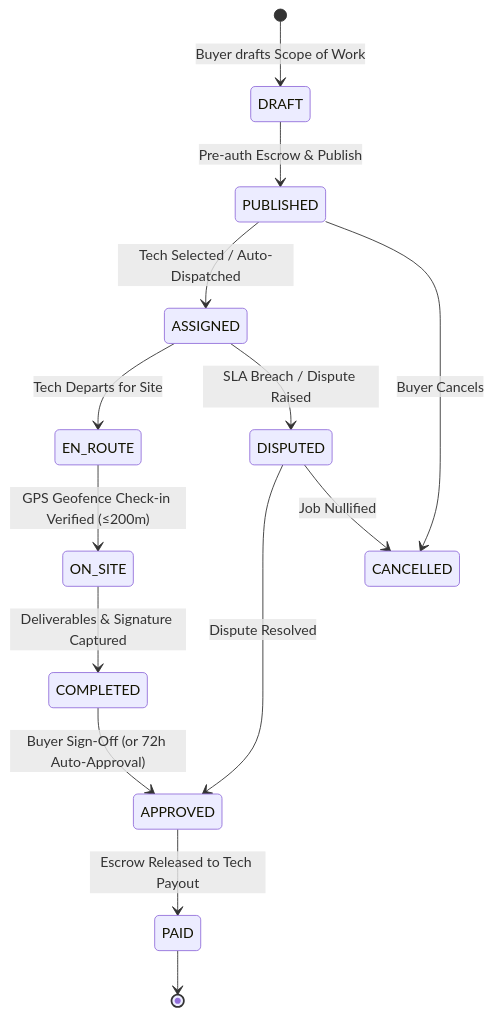
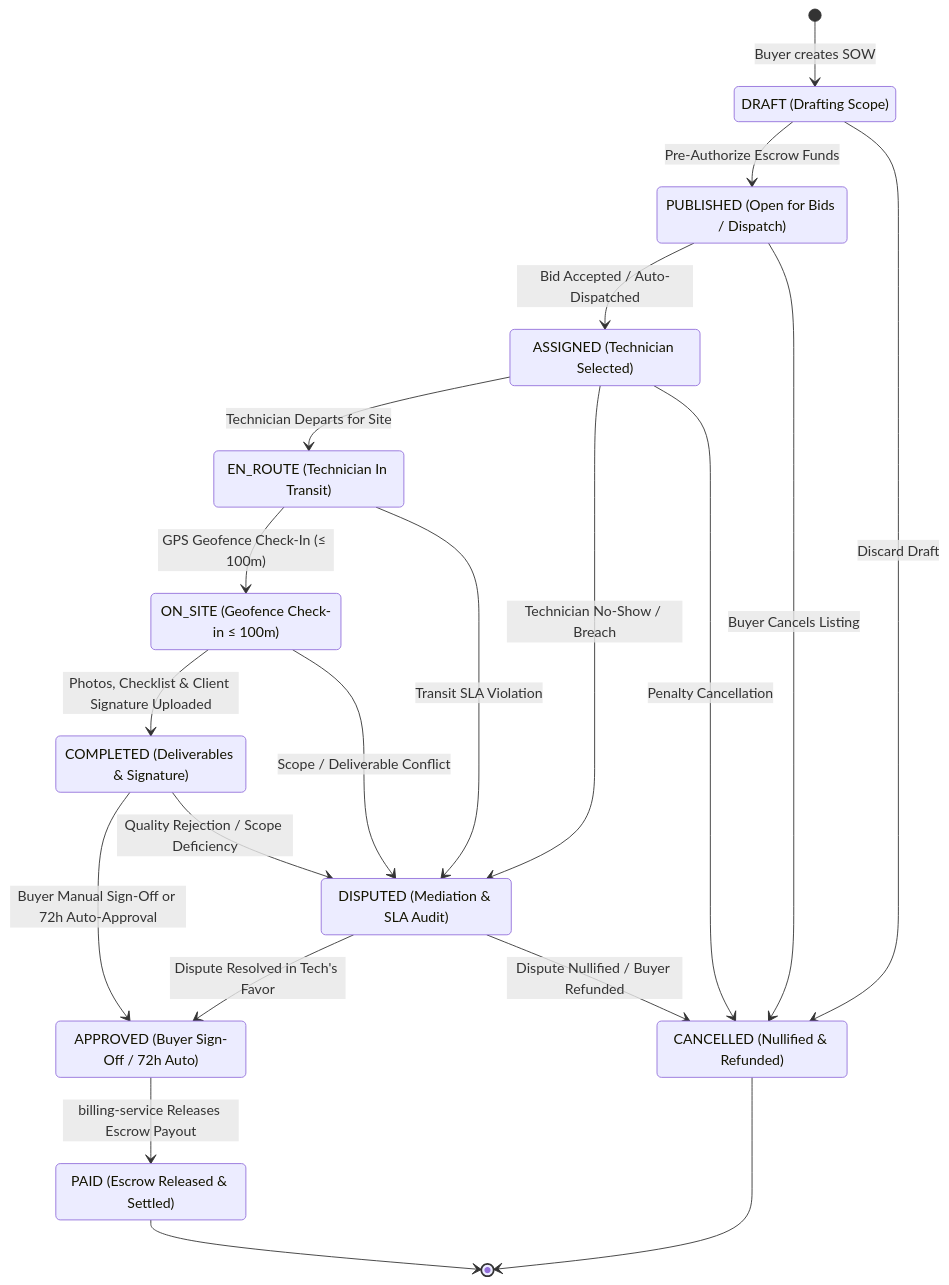
The fifth of 5 diagrams in README.md (satya-ranjon/FieldForge), drawn with Mermaid before and after one commit. The commit also changed other lines of this file, not shown here.

````diff
--- a/README.md
+++ b/README.md
@@ -319,17 +339,44 @@
 ```mermaid
 stateDiagram-v2
-    [*] --> DRAFT: Buyer drafts Scope of Work
-    DRAFT --> PUBLISHED: Pre-auth Escrow & Publish
-    PUBLISHED --> ASSIGNED: Tech Selected / Auto-Dispatched
-    ASSIGNED --> EN_ROUTE: Tech Departs for Site
-    EN_ROUTE --> ON_SITE: GPS Geofence Check-in Verified (≤200m)
-    ON_SITE --> COMPLETED: Deliverables & Signature Captured
-    COMPLETED --> APPROVED: Buyer Sign-Off (or 72h Auto-Approval)
-    APPROVED --> PAID: Escrow Released to Tech Payout
+    direction TB
+
+    [*] --> DRAFT : Buyer creates SOW
+
+    state "DRAFT (Drafting Scope)" as DRAFT
+    state "PUBLISHED (Open for Bids / Dispatch)" as PUBLISHED
+    state "ASSIGNED (Technician Selected)" as ASSIGNED
+    state "EN_ROUTE (Technician In Transit)" as EN_ROUTE
+    state "ON_SITE (Geofence Check-in ≤ 100m)" as ON_SITE
+    state "COMPLETED (Deliverables & Signature)" as COMPLETED
+    state "APPROVED (Buyer Sign-Off / 72h Auto)" as APPROVED
+    state "PAID (Escrow Released & Settled)" as PAID
+    state "DISPUTED (Mediation & SLA Audit)" as DISPUTED
+    state "CANCELLED (Nullified & Refunded)" as CANCELLED
+
+    DRAFT --> PUBLISHED : Pre-Authorize Escrow Funds
+    DRAFT --> CANCELLED : Discard Draft
+
+    PUBLISHED --> ASSIGNED : Bid Accepted / Auto-Dispatched
+    PUBLISHED --> CANCELLED : Buyer Cancels Listing
+
+    ASSIGNED --> EN_ROUTE : Technician Departs for Site
+    ASSIGNED --> DISPUTED : Technician No-Show / Breach
+    ASSIGNED --> CANCELLED : Penalty Cancellation
+
+    EN_ROUTE --> ON_SITE : GPS Geofence Check-In (≤ 100m)
+    EN_ROUTE --> DISPUTED : Transit SLA Violation
+
+    ON_SITE --> COMPLETED : Photos, Checklist & Client Signature Uploaded
+    ON_SITE --> DISPUTED : Scope / Deliverable Conflict
+
+    COMPLETED --> APPROVED : Buyer Manual Sign-Off or 72h Auto-Approval
+    COMPLETED --> DISPUTED : Quality Rejection / Scope Deficiency
+
+    APPROVED --> PAID : billing-service Releases Escrow Payout
+
+    DISPUTED --> APPROVED : Dispute Resolved in Tech's Favor
+    DISPUTED --> CANCELLED : Dispute Nullified / Buyer Refunded
+
     PAID --> [*]
-
-    PUBLISHED --> CANCELLED: Buyer Cancels
-    ASSIGNED --> DISPUTED: SLA Breach / Dispute Raised
-    DISPUTED --> APPROVED: Dispute Resolved
-    DISPUTED --> CANCELLED: Job Nullified
+    CANCELLED --> [*]
 ```
````
